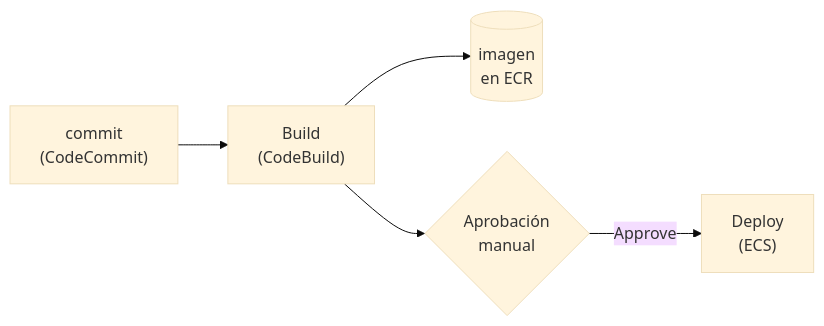
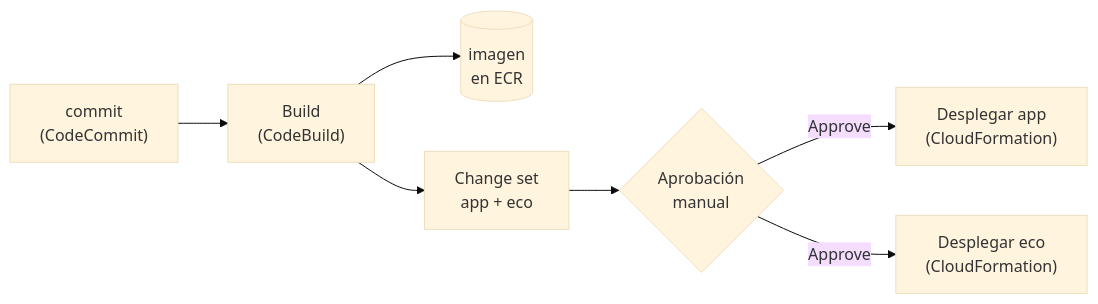
The diagram in content/aws-devops/17-codepipeline-en-la-practica.md (cloudbridgeuy/courses), drawn with Mermaid (base theme) before and after one commit. The commit also changed other lines of this file and 2 other files, not shown here.

First line of the commit message:
docs(aws-devops): deploy with CloudFormation change sets, and both apps

````diff
--- a/content/aws-devops/17-codepipeline-en-la-practica.md
+++ b/content/aws-devops/17-codepipeline-en-la-practica.md
@@ -162,7 +488,9 @@
 ```mermaid
 flowchart LR
   C["commit<br/>(CodeCommit)"] --> B["Build<br/>(CodeBuild)"]
   B --> R[("imagen<br/>en ECR")]
-  B --> A{"Aprobación<br/>manual"}
-  A -->|Approve| D["Deploy<br/>(ECS)"]
+  B --> S["Change set<br/>app + eco"]
+  S --> A{"Aprobación<br/>manual"}
+  A -->|Approve| D1["Desplegar app<br/>(CloudFormation)"]
+  A -->|Approve| D2["Desplegar eco<br/>(CloudFormation)"]
 ```
````
